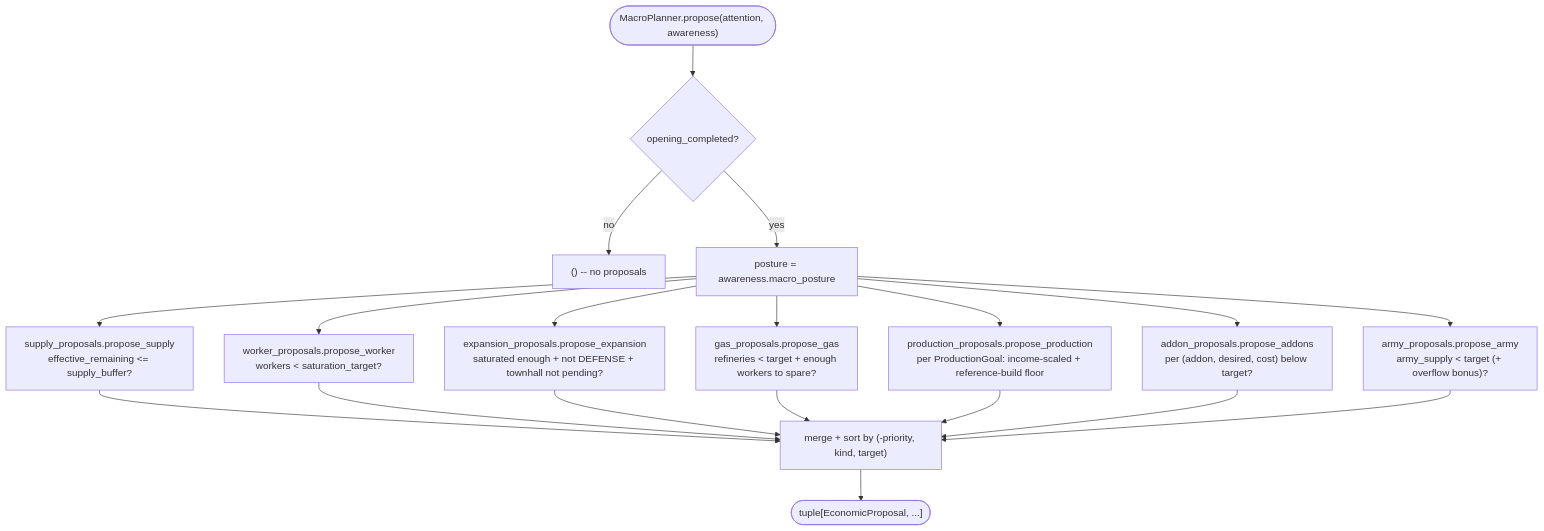
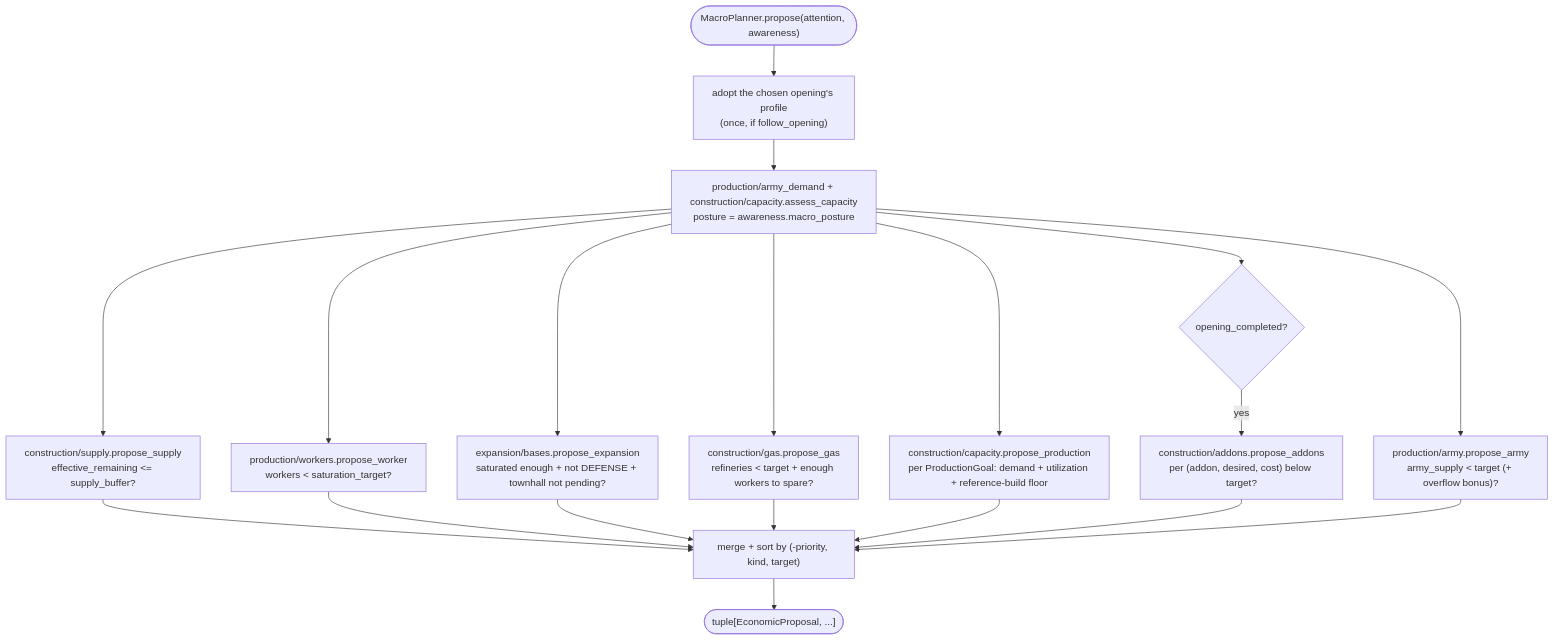
Before and after one commit to LeonardoSilvestrin/sc2bot: the first of 3 diagrams in _botdev/architecture/macro-planner.md, drawn with Mermaid. The commit also changed other lines of this file and 50 other files, not shown here.

````diff
--- a/_botdev/architecture/macro-planner.md
+++ b/_botdev/architecture/macro-planner.md
@@ -45,15 +64,15 @@
 ```mermaid
 flowchart TD
-    Propose(["MacroPlanner.propose(attention, awareness)"]) --> Gate{"opening_completed?"}
-    Gate -->|no| Empty["() -- no proposals"]
-    Gate -->|yes| Posture["posture = awareness.macro_posture"]
-    Posture --> Supply["supply_proposals.propose_supply\neffective_remaining <= supply_buffer?"]
-    Posture --> Worker["worker_proposals.propose_worker\nworkers < saturation_target?"]
-    Posture --> Expansion["expansion_proposals.propose_expansion\nsaturated enough + not DEFENSE + townhall not pending?"]
-    Posture --> Gas["gas_proposals.propose_gas\nrefineries < target + enough workers to spare?"]
-    Posture --> Production["production_proposals.propose_production\nper ProductionGoal: income-scaled + reference-build floor"]
-    Posture --> Addons["addon_proposals.propose_addons\nper (addon, desired, cost) below target?"]
-    Posture --> Army["army_proposals.propose_army\narmy_supply < target (+ overflow bonus)?"]
+    Propose(["MacroPlanner.propose(attention, awareness)"]) --> Follow["adopt the chosen opening's profile\n(once, if follow_opening)"]
+    Follow --> Assess["production/army_demand + construction/capacity.assess_capacity\nposture = awareness.macro_posture"]
+    Assess --> Supply["construction/supply.propose_supply\neffective_remaining <= supply_buffer?"]
+    Assess --> Worker["production/workers.propose_worker\nworkers < saturation_target?"]
+    Assess --> Expansion["expansion/bases.propose_expansion\nsaturated enough + not DEFENSE + townhall not pending?"]
+    Assess --> Gas["construction/gas.propose_gas\nrefineries < target + enough workers to spare?"]
+    Assess --> Production["construction/capacity.propose_production\nper ProductionGoal: demand + utilization + reference-build floor"]
+    Assess --> AddonGate{"opening_completed?"}
+    AddonGate -->|yes| Addons["construction/addons.propose_addons\nper (addon, desired, cost) below target?"]
+    Assess --> Army["production/army.propose_army\narmy_supply < target (+ overflow bonus)?"]
     Supply & Worker & Expansion & Gas & Production & Addons & Army --> Merge["merge + sort by (-priority, kind, target)"]
     Merge --> Out(["tuple[EconomicProposal, ...]"])
 ```
````
